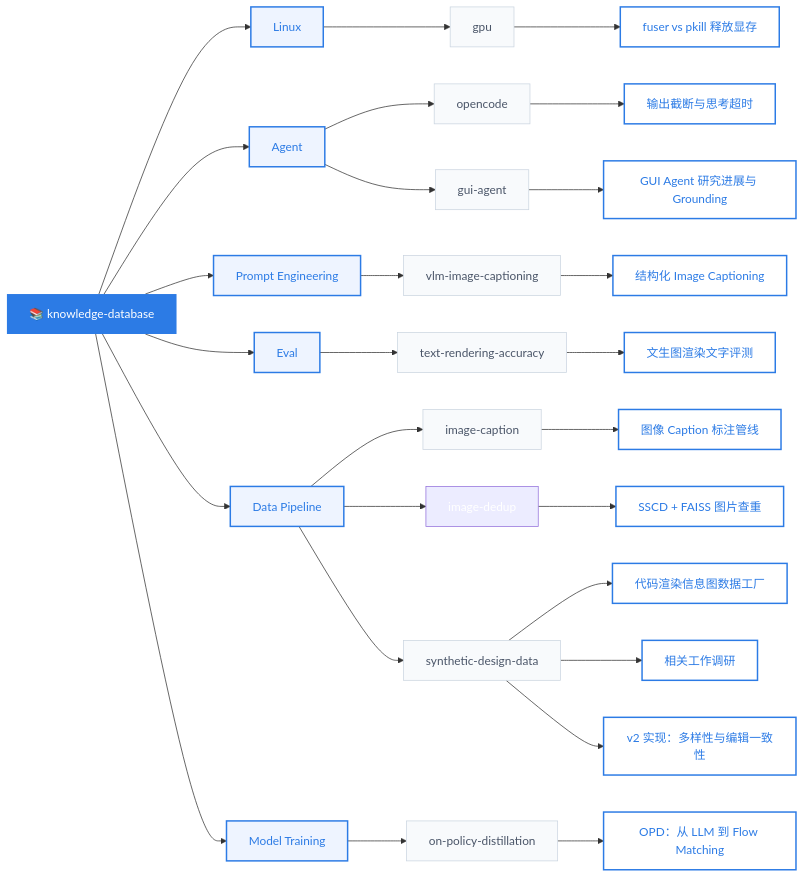
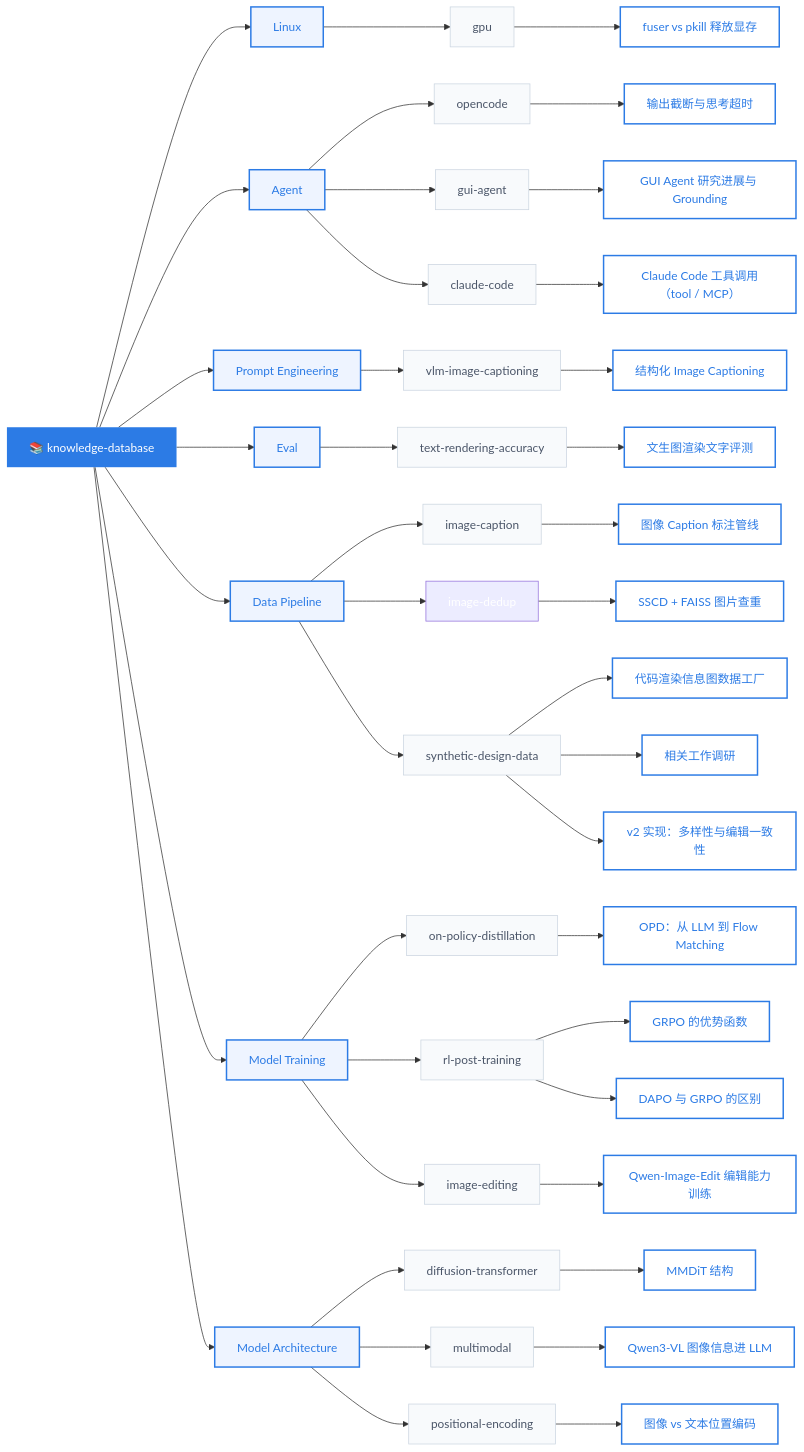
One commit to caseclose/knowledge-database changed the diagram in README.md. Above: the diagram before and after it, drawn with Mermaid. The commit also changed other lines of this file and 1 other file, not shown here.

Commit message:
add: 侧栏与 README 索引/总览同步 7 条新知识

````diff
--- a/README.md
+++ b/README.md
@@ -11,59 +11,82 @@
 ```mermaid
 graph LR
     KB["📚 knowledge-database"] --> Linux["Linux"]
     KB --> Agent["Agent"]
     KB --> PE["Prompt Engineering"]
     KB --> Eval["Eval"]
     KB --> DP["Data Pipeline"]
     KB --> MT["Model Training"]
+    KB --> MA["Model Architecture"]
 
     Linux --> GPU["gpu"]
     GPU --> K1["fuser vs pkill 释放显存"]
 
     Agent --> OC["opencode"]
     Agent --> GUI["gui-agent"]
+    Agent --> CC["claude-code"]
     OC --> K2["输出截断与思考超时"]
     GUI --> K7["GUI Agent 研究进展与 Grounding"]
+    CC --> K12["Claude Code 工具调用（tool / MCP）"]
 
     PE --> PE1["vlm-image-captioning"]
     PE1 --> K3["结构化 Image Captioning"]
 
     Eval --> EV1["text-rendering-accuracy"]
     EV1 --> K4["文生图渲染文字评测"]
 
     DP --> DP1["image-caption"]
     DP1 --> K5["图像 Caption 标注管线"]
 
     DP --> DP2["image-dedup"]
     DP2 --> K6["SSCD + FAISS 图片查重"]
 
     DP --> DP3["synthetic-design-data"]
     DP3 --> K9["代码渲染信息图数据工厂"]
     DP3 --> K10["相关工作调研"]
     DP3 --> K11["v2 实现：多样性与编辑一致性"]
 
     MT --> OPD["on-policy-distillation"]
     OPD --> K8["OPD：从 LLM 到 Flow Matching"]
 
+    MT --> RLPT["rl-post-training"]
+    RLPT --> K13["GRPO 的优势函数"]
+    RLPT --> K14["DAPO 与 GRPO 的区别"]
+    MT --> IE["image-editing"]
+    IE --> K15["Qwen-Image-Edit 编辑能力训练"]
+
+    MA --> DT["diffusion-transformer"]
+    DT --> K16["MMDiT 结构"]
+    MA --> MM["multimodal"]
+    MM --> K17["Qwen3-VL 图像信息进 LLM"]
+    MA --> PEnc["positional-encoding"]
+    PEnc --> K18["图像 vs 文本位置编码"]
+
     classDef root fill:#2c7be5,color:#fff,stroke:none
     classDef category fill:#eef4ff,color:#2c7be5,stroke:#2c7be5,stroke-width:2px
     classDef sub fill:#f8fafc,color:#4a5568,stroke:#cbd5e0,stroke-width:1px
     classDef knowledge fill:#fff,color:#2c7be5,stroke:#2c7be5,stroke-width:2px
 
     class KB root
-    class Linux,Agent,PE,Eval,DP,MT category
-    class GPU,OC,GUI,PE1,EV1,DP1,DP3,OPD sub
-    class K1,K2,K3,K4,K5,K6,K7,K8,K9,K10,K11 knowledge
+    class Linux,Agent,PE,Eval,DP,MT,MA category
+    class GPU,OC,GUI,CC,PE1,EV1,DP1,DP3,OPD,RLPT,IE,DT,MM,PEnc sub
+    class K1,K2,K3,K4,K5,K6,K7,K8,K9,K10,K11,K12,K13,K14,K15,K16,K17,K18 knowledge
 
     click K1 href "#/linux/gpu/fuser-vs-pkill-release-gpu-memory"
     click K2 href "#/agent/opencode/output-truncation-and-thinking-timeout"
     click K3 href "#/prompt-engineering/vlm-image-captioning/structured-image-captioning"
     click K4 href "#/eval/text-rendering-accuracy/text-to-image-render-text-eval"
     click K5 href "#/data-pipeline/image-caption/image-caption-annotation-pipeline"
     click K6 href "#/data-pipeline/image-dedup/sscd-faiss-image-deduplication"
     click K7 href "#/agent/gui-agent/gui-agent-research-progress-and-grounding"
     click K8 href "#/model-training/on-policy-distillation/opd-from-llm-to-flow-matching"
     click K9 href "#/data-pipeline/synthetic-design-data/code-render-infographic-data-factory"
     click K10 href "#/data-pipeline/synthetic-design-data/code-render-related-work-survey"
     click K11 href "#/data-pipeline/synthetic-design-data/code-render-diversity-and-editing-implementation"
+    click K12 href "#/agent/claude-code/tool-calling-and-mcp"
+    click K13 href "#/model-training/rl-post-training/grpo-advantage-function"
+    click K14 href "#/model-training/rl-post-training/dapo-vs-grpo"
+    click K15 href "#/model-training/image-editing/qwen-image-edit-training"
+    click K16 href "#/model-architecture/diffusion-transformer/mmdit-structure"
+    click K17 href "#/model-architecture/multimodal/qwen3-vl-vision-injection"
+    click K18 href "#/model-architecture/positional-encoding/image-vs-text-positional-encoding"
 ```
````
